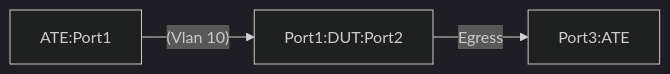
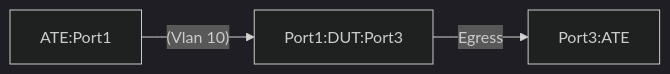
Before and after one commit to openconfig/featureprofiles: the diagram in feature/relay-agent/otg_tests/relay_agent_test/README.md, drawn with Mermaid (dark theme).

Commit message:
Update README.md
Updated the diagram.

````diff
--- a/feature/relay-agent/otg_tests/relay_agent_test/README.md
+++ b/feature/relay-agent/otg_tests/relay_agent_test/README.md
@@ -19,4 +19,4 @@
 ```mermaid
 graph LR; 
-A[ATE:Port1] --(Vlan 10)-->B[Port1:DUT:Port2];B --Egress-->C[Port3:ATE];
+A[ATE:Port1] --(Vlan 10)-->B[Port1:DUT:Port3];B --Egress-->C[Port3:ATE];
 ```
````
